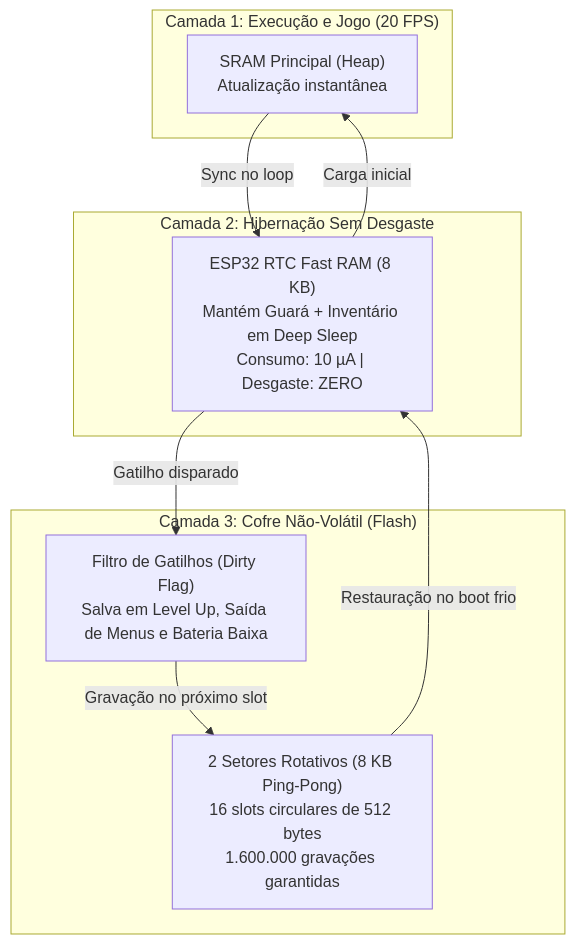
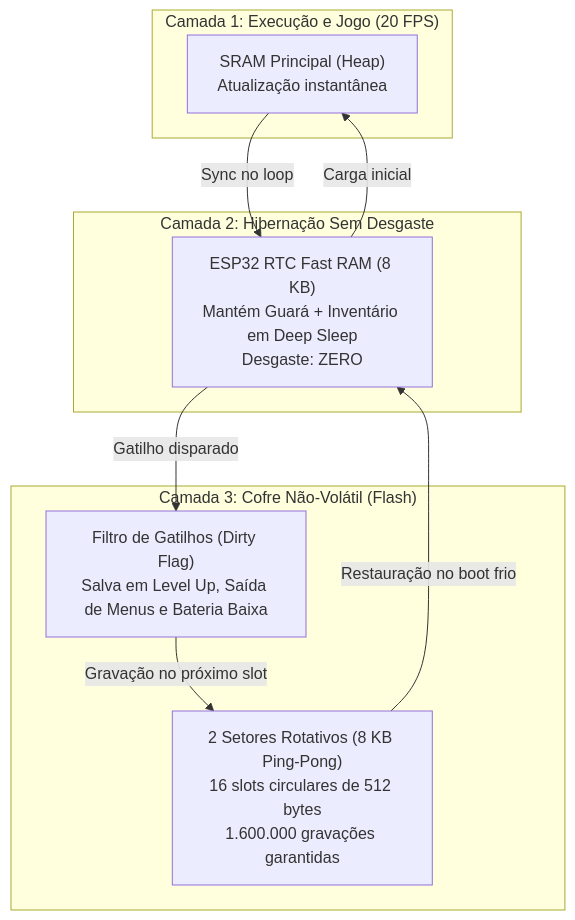
Before and after one commit to trocolis/guara: the diagram in README.md, drawn with Mermaid. The commit also changed other lines of this file and 182 other files, not shown here.

````diff
--- a/README.md
+++ b/README.md
@@ -90,21 +99,21 @@
 ```mermaid
 graph TD
     subgraph "Camada 1: Execução e Jogo (20 FPS)"
         RAM["SRAM Principal (Heap)<br/>Atualização instantânea"]
     end
 
     subgraph "Camada 2: Hibernação Sem Desgaste"
-        RTC["ESP32 RTC Fast RAM (8 KB)<br/>Mantém Guará + Inventário em Deep Sleep<br/>Consumo: 10 µA | Desgaste: ZERO"]
+        RTC["ESP32 RTC Fast RAM (8 KB)<br/>Mantém Guará + Inventário em Deep Sleep<br/>Desgaste: ZERO"]
     end
 
     subgraph "Camada 3: Cofre Não-Volátil (Flash)"
         DF["Filtro de Gatilhos (Dirty Flag)<br/>Salva em Level Up, Saída de Menus e Bateria Baixa"]
         RING["2 Setores Rotativos (8 KB Ping-Pong)<br/>16 slots circulares de 512 bytes<br/>1.600.000 gravações garantidas"]
     end
 
     RAM -->|Sync no loop| RTC
     RTC -->|Gatilho disparado| DF
     DF -->|Gravação no próximo slot| RING
     RING -->|Restauração no boot frio| RTC
     RTC -->|Carga inicial| RAM
 ```
````
